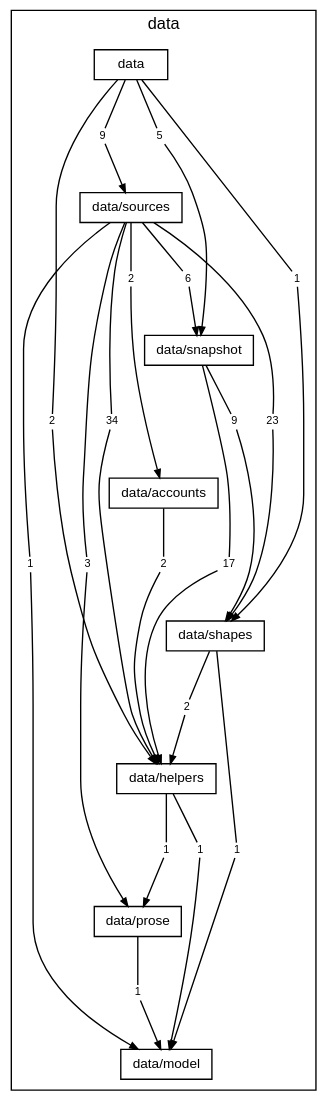
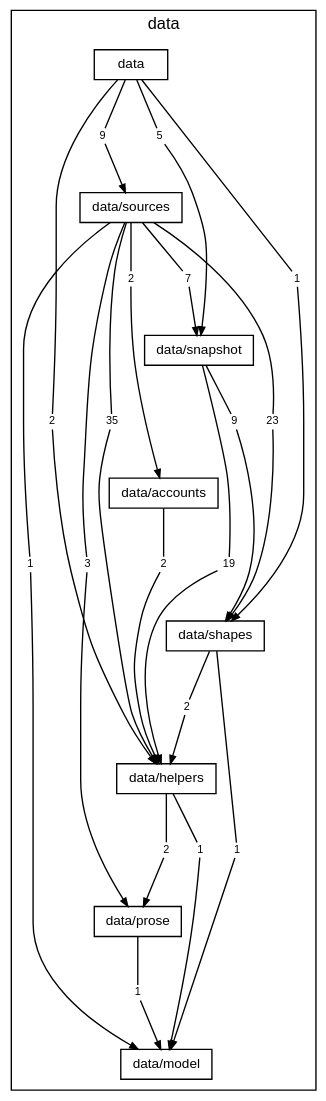
One commit to TheAxeC/oculus changed the diagram in docs/diagrams/layer-data.dot. Above: the diagram before and after it, drawn with Graphviz. The commit also changed 153 other files, not shown here.

```diff
--- a/docs/diagrams/layer-data.dot
+++ b/docs/diagrams/layer-data.dot
@@ -1,77 +1,77 @@
 digraph layer_data {
     graph [bgcolor="transparent", rankdir=TB, newrank=true, mclimit=4, fontname="Helvetica,Arial,sans-serif", fontsize=12, nodesep=0.2, ranksep=0.5];
     node [shape=box, color="black", fontcolor="black", fontname="Helvetica,Arial,sans-serif", fontsize=10, height=0.3, margin="0.12,0.04"];
     edge [color="black", fontcolor="black", fontname="Helvetica,Arial,sans-serif", fontsize=8, arrowsize=0.6];
     subgraph "cluster_data" {
         label="data"; style=solid;
         "folder data" [label="data"];
         "folder data/sources" [label="data/sources"];
         "folder data/snapshot" [label="data/snapshot"];
         "folder data/accounts" [label="data/accounts"];
         "folder data/shapes" [label="data/shapes"];
         "folder data/helpers" [label="data/helpers"];
         "folder data/prose" [label="data/prose"];
         "folder data/model" [label="data/model"];
         "folder data to folder data/helpers" [label="2", shape=box, color="transparent", fontsize=8, width=0, height=0, margin="0.04,0.02"];
         "folder data to folder data/shapes" [label="1", shape=box, color="transparent", fontsize=8, width=0, height=0, margin="0.04,0.02"];
         "folder data to folder data/snapshot" [label="5", shape=box, color="transparent", fontsize=8, width=0, height=0, margin="0.04,0.02"];
         "folder data to folder data/sources" [label="9", shape=box, color="transparent", fontsize=8, width=0, height=0, margin="0.04,0.02"];
         "folder data/sources to folder data/accounts" [label="2", shape=box, color="transparent", fontsize=8, width=0, height=0, margin="0.04,0.02"];
-        "folder data/sources to folder data/helpers" [label="34", shape=box, color="transparent", fontsize=8, width=0, height=0, margin="0.04,0.02"];
+        "folder data/sources to folder data/helpers" [label="35", shape=box, color="transparent", fontsize=8, width=0, height=0, margin="0.04,0.02"];
         "folder data/sources to folder data/model" [label="1", shape=box, color="transparent", fontsize=8, width=0, height=0, margin="0.04,0.02"];
         "folder data/sources to folder data/prose" [label="3", shape=box, color="transparent", fontsize=8, width=0, height=0, margin="0.04,0.02"];
         "folder data/sources to folder data/shapes" [label="23", shape=box, color="transparent", fontsize=8, width=0, height=0, margin="0.04,0.02"];
-        "folder data/sources to folder data/snapshot" [label="6", shape=box, color="transparent", fontsize=8, width=0, height=0, margin="0.04,0.02"];
-        "folder data/snapshot to folder data/helpers" [label="17", shape=box, color="transparent", fontsize=8, width=0, height=0, margin="0.04,0.02"];
+        "folder data/sources to folder data/snapshot" [label="7", shape=box, color="transparent", fontsize=8, width=0, height=0, margin="0.04,0.02"];
+        "folder data/snapshot to folder data/helpers" [label="19", shape=box, color="transparent", fontsize=8, width=0, height=0, margin="0.04,0.02"];
         "folder data/snapshot to folder data/shapes" [label="9", shape=box, color="transparent", fontsize=8, width=0, height=0, margin="0.04,0.02"];
         "folder data/accounts to folder data/helpers" [label="2", shape=box, color="transparent", fontsize=8, width=0, height=0, margin="0.04,0.02"];
         "folder data/shapes to folder data/helpers" [label="2", shape=box, color="transparent", fontsize=8, width=0, height=0, margin="0.04,0.02"];
         "folder data/shapes to folder data/model" [label="1", shape=box, color="transparent", fontsize=8, width=0, height=0, margin="0.04,0.02"];
         "folder data/helpers to folder data/model" [label="1", shape=box, color="transparent", fontsize=8, width=0, height=0, margin="0.04,0.02"];
-        "folder data/helpers to folder data/prose" [label="1", shape=box, color="transparent", fontsize=8, width=0, height=0, margin="0.04,0.02"];
+        "folder data/helpers to folder data/prose" [label="2", shape=box, color="transparent", fontsize=8, width=0, height=0, margin="0.04,0.02"];
         "folder data/prose to folder data/model" [label="1", shape=box, color="transparent", fontsize=8, width=0, height=0, margin="0.04,0.02"];
     }
     "folder data" -> "folder data/sources" [style=invis, weight=10, minlen=2];
     "folder data/sources" -> "folder data/snapshot" [style=invis, weight=10, minlen=2];
     "folder data/snapshot" -> "folder data/accounts" [style=invis, weight=10, minlen=2];
     "folder data/accounts" -> "folder data/shapes" [style=invis, weight=10, minlen=2];
     "folder data/shapes" -> "folder data/helpers" [style=invis, weight=10, minlen=2];
     "folder data/helpers" -> "folder data/prose" [style=invis, weight=10, minlen=2];
     "folder data/prose" -> "folder data/model" [style=invis, weight=10, minlen=2];
     "folder data" -> "folder data to folder data/helpers" [arrowhead=none, minlen=5, weight=10];
     "folder data to folder data/helpers" -> "folder data/helpers" [];
     "folder data" -> "folder data to folder data/shapes" [arrowhead=none, minlen=3, weight=10];
     "folder data to folder data/shapes" -> "folder data/shapes" [];
     "folder data" -> "folder data to folder data/snapshot" [arrowhead=none, minlen=1, weight=10];
     "folder data to folder data/snapshot" -> "folder data/snapshot" [];
     "folder data" -> "folder data to folder data/sources" [arrowhead=none, minlen=1, weight=10];
     "folder data to folder data/sources" -> "folder data/sources" [];
     "folder data/sources" -> "folder data/sources to folder data/accounts" [arrowhead=none, minlen=1, weight=10];
     "folder data/sources to folder data/accounts" -> "folder data/accounts" [];
     "folder data/sources" -> "folder data/sources to folder data/helpers" [arrowhead=none, minlen=3, weight=10];
     "folder data/sources to folder data/helpers" -> "folder data/helpers" [];
     "folder data/sources" -> "folder data/sources to folder data/model" [arrowhead=none, minlen=5, weight=10];
     "folder data/sources to folder data/model" -> "folder data/model" [];
     "folder data/sources" -> "folder data/sources to folder data/prose" [arrowhead=none, minlen=5, weight=10];
     "folder data/sources to folder data/prose" -> "folder data/prose" [];
     "folder data/sources" -> "folder data/sources to folder data/shapes" [arrowhead=none, minlen=3, weight=10];
     "folder data/sources to folder data/shapes" -> "folder data/shapes" [];
     "folder data/sources" -> "folder data/sources to folder data/snapshot" [arrowhead=none, minlen=1, weight=10];
     "folder data/sources to folder data/snapshot" -> "folder data/snapshot" [];
     "folder data/snapshot" -> "folder data/snapshot to folder data/helpers" [arrowhead=none, minlen=3, weight=10];
     "folder data/snapshot to folder data/helpers" -> "folder data/helpers" [];
     "folder data/snapshot" -> "folder data/snapshot to folder data/shapes" [arrowhead=none, minlen=1, weight=10];
     "folder data/snapshot to folder data/shapes" -> "folder data/shapes" [];
     "folder data/accounts" -> "folder data/accounts to folder data/helpers" [arrowhead=none, minlen=1, weight=10];
     "folder data/accounts to folder data/helpers" -> "folder data/helpers" [];
     "folder data/shapes" -> "folder data/shapes to folder data/helpers" [arrowhead=none, minlen=1, weight=10];
     "folder data/shapes to folder data/helpers" -> "folder data/helpers" [];
     "folder data/shapes" -> "folder data/shapes to folder data/model" [arrowhead=none, minlen=3, weight=10];
     "folder data/shapes to folder data/model" -> "folder data/model" [];
     "folder data/helpers" -> "folder data/helpers to folder data/model" [arrowhead=none, minlen=1, weight=10];
     "folder data/helpers to folder data/model" -> "folder data/model" [];
     "folder data/helpers" -> "folder data/helpers to folder data/prose" [arrowhead=none, minlen=1, weight=10];
     "folder data/helpers to folder data/prose" -> "folder data/prose" [];
     "folder data/prose" -> "folder data/prose to folder data/model" [arrowhead=none, minlen=1, weight=10];
     "folder data/prose to folder data/model" -> "folder data/model" [];
 }
```
